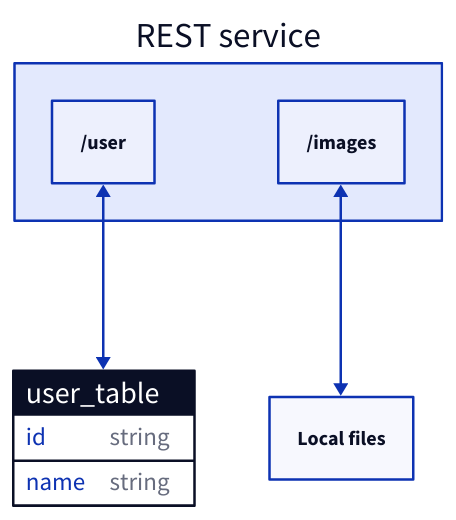
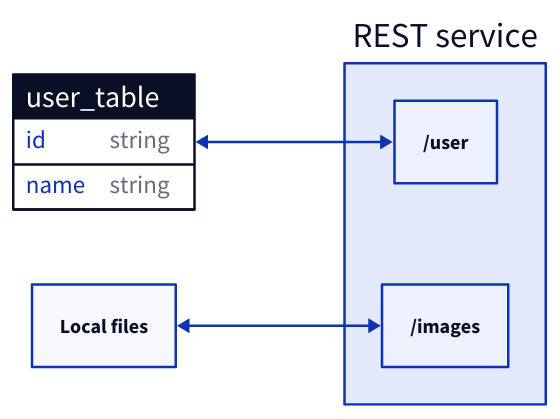
The second of 9 diagrams in content/docs/web-service/api-design/_index.md (link1905/system-design-101), drawn with D2 before and after one commit. The commit also changed other lines of this file and 49 other files, not shown here.

````diff
--- a/content/docs/web-service/api-design/_index.md
+++ b/content/docs/web-service/api-design/_index.md
@@ -67,17 +69,17 @@
 ```d2
-direction: up
-s: REST service {
-   u: "/user"
-   i: "/images"
-}
+direction: right
 f: Local files {
    class: file
 }
 d: user_table {
    shape: sql_table
    id: string
    name: string
 }
+s: REST service {
+   u: "/user"
+   i: "/images"
+}
 d <-> s.u
 f <-> s.i
 ```
````
